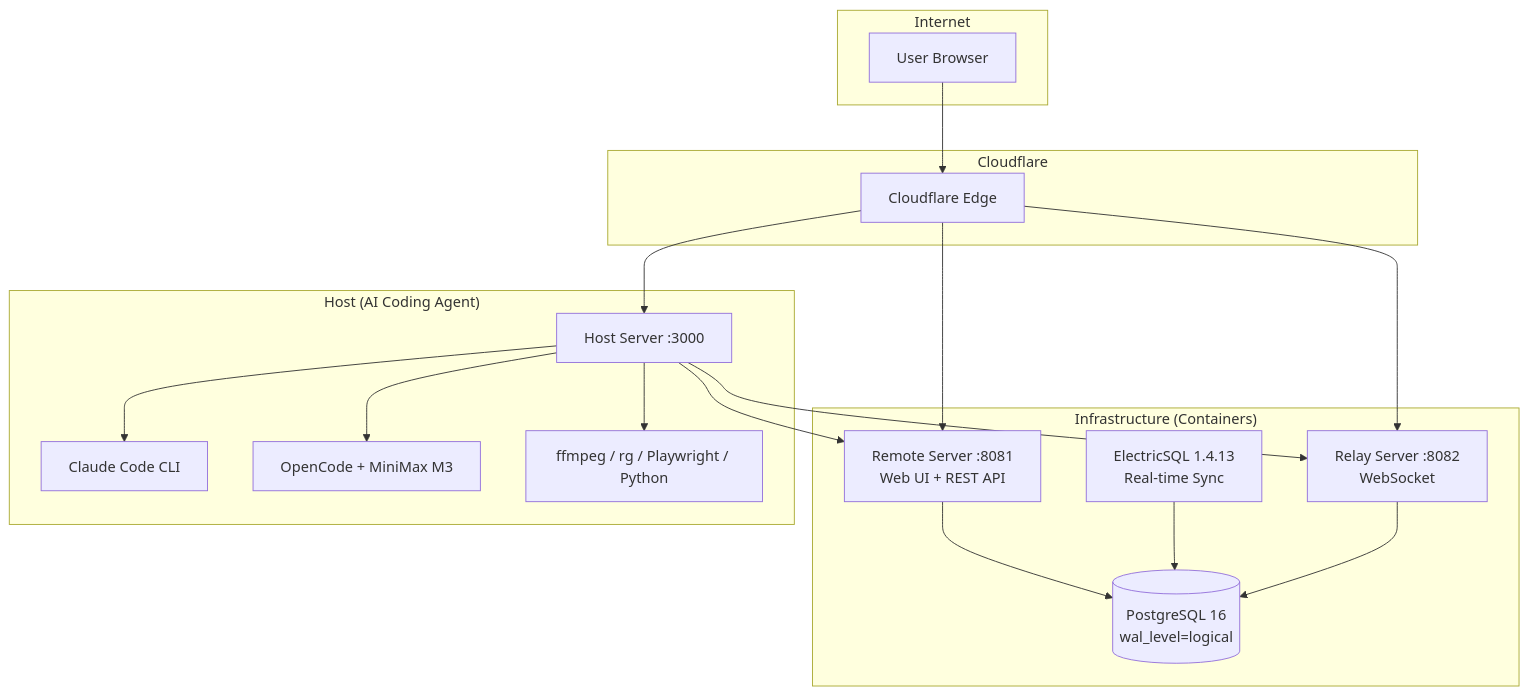
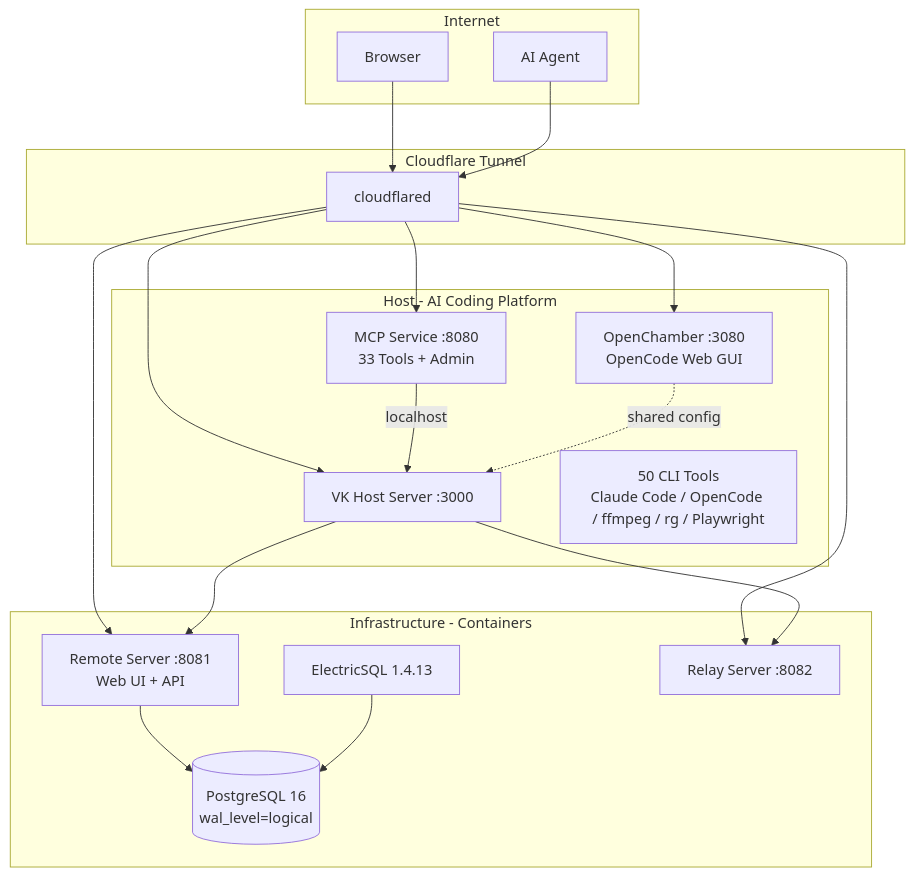
Before and after one commit to WOOWTECH/Woow_vibekanban_docker_compose_all: the diagram in README.md, drawn with Mermaid. The commit also changed other lines of this file, not shown here.

First line of the commit message:
Update main README: OpenChamber, MCP service, 50 CLI tools, 7 routes

````diff
--- a/README.md
+++ b/README.md
@@ -34,27 +38,28 @@
 ```mermaid
 graph TB
     subgraph Internet
-        User[User Browser]
+        User[Browser] & Agent[AI Agent]
     end
-    subgraph Cloudflare
-        CF[Cloudflare Edge]
+    subgraph CF[Cloudflare Tunnel]
+        CFD[cloudflared]
     end
-    subgraph "Infrastructure (Containers)"
+    subgraph Stack[Infrastructure - Containers]
         DB[(PostgreSQL 16<br/>wal_level=logical)]
-        Remote[Remote Server :8081<br/>Web UI + REST API]
-        Electric[ElectricSQL 1.4.13<br/>Real-time Sync]
-        Relay[Relay Server :8082<br/>WebSocket]
+        Remote[Remote Server :8081<br/>Web UI + API]
+        Electric[ElectricSQL 1.4.13]
+        Relay[Relay Server :8082]
     end
-    subgraph "Host (AI Coding Agent)"
-        Host[Host Server :3000]
-        Claude[Claude Code CLI]
-        OC[OpenCode + MiniMax M3]
-        Tools[ffmpeg / rg / Playwright / Python]
+    subgraph Host[Host - AI Coding Platform]
+        VKHost[VK Host Server :3000]
+        MCPSvc[MCP Service :8080<br/>33 Tools + Admin]
+        OChamber[OpenChamber :3080<br/>OpenCode Web GUI]
+        Tools[50 CLI Tools<br/>Claude Code / OpenCode / ffmpeg / rg / Playwright]
     end
-    User --> CF --> Remote & Relay & Host
+    User --> CFD --> Remote & Relay & VKHost & MCPSvc & OChamber
+    Agent --> CFD
     Remote --> DB
     Electric --> DB
-    Relay --> DB
-    Host --> Remote & Relay
-    Host --> Claude & OC & Tools
+    VKHost --> Remote & Relay
+    MCPSvc -->|localhost| VKHost
+    OChamber -.->|shared config| VKHost
 ```
````
